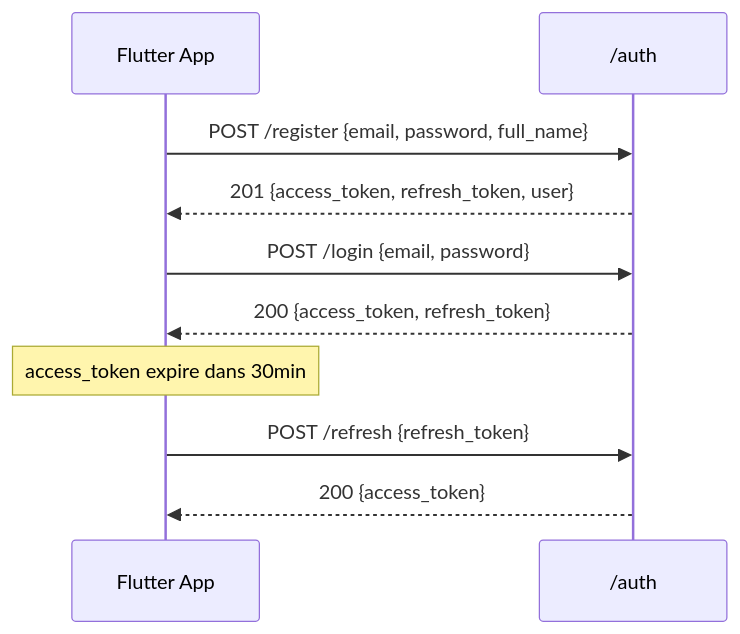
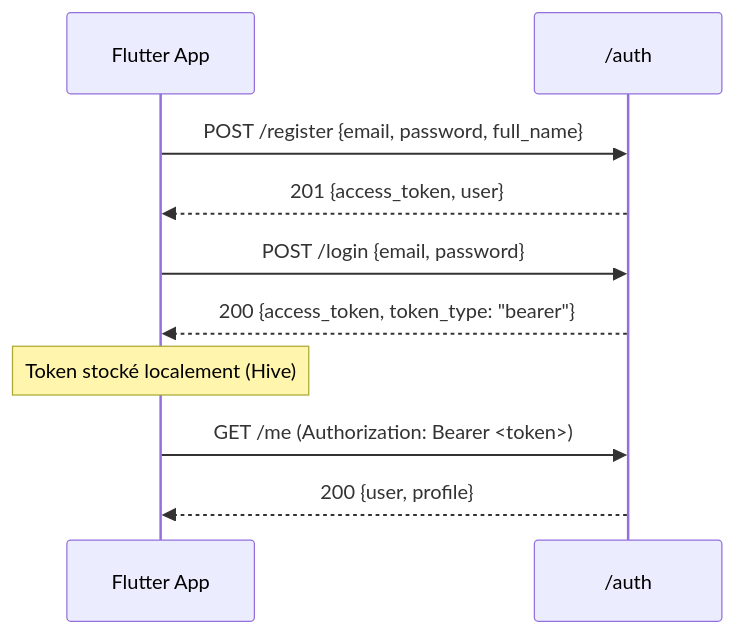
Before and after one commit to Jkacem/smart_focus: the second of 4 diagrams in docs/Conception_Endpoints_API.md, drawn with Mermaid. The commit also changed other lines of this file and 8 other files, not shown here.

````diff
--- a/docs/Conception_Endpoints_API.md
+++ b/docs/Conception_Endpoints_API.md
@@ -104,15 +90,15 @@
 ```mermaid
 sequenceDiagram
     participant APP as Flutter App
     participant API as /auth
 
     APP->>API: POST /register {email, password, full_name}
-    API-->>APP: 201 {access_token, refresh_token, user}
+    API-->>APP: 201 {access_token, user}
 
     APP->>API: POST /login {email, password}
-    API-->>APP: 200 {access_token, refresh_token}
+    API-->>APP: 200 {access_token, token_type: "bearer"}
 
-    note over APP: access_token expire dans 30min
-    APP->>API: POST /refresh {refresh_token}
-    API-->>APP: 200 {access_token}
+    note over APP: Token stocké localement (Hive)
+    APP->>API: GET /me (Authorization: Bearer <token>)
+    API-->>APP: 200 {user, profile}
 ```
````
